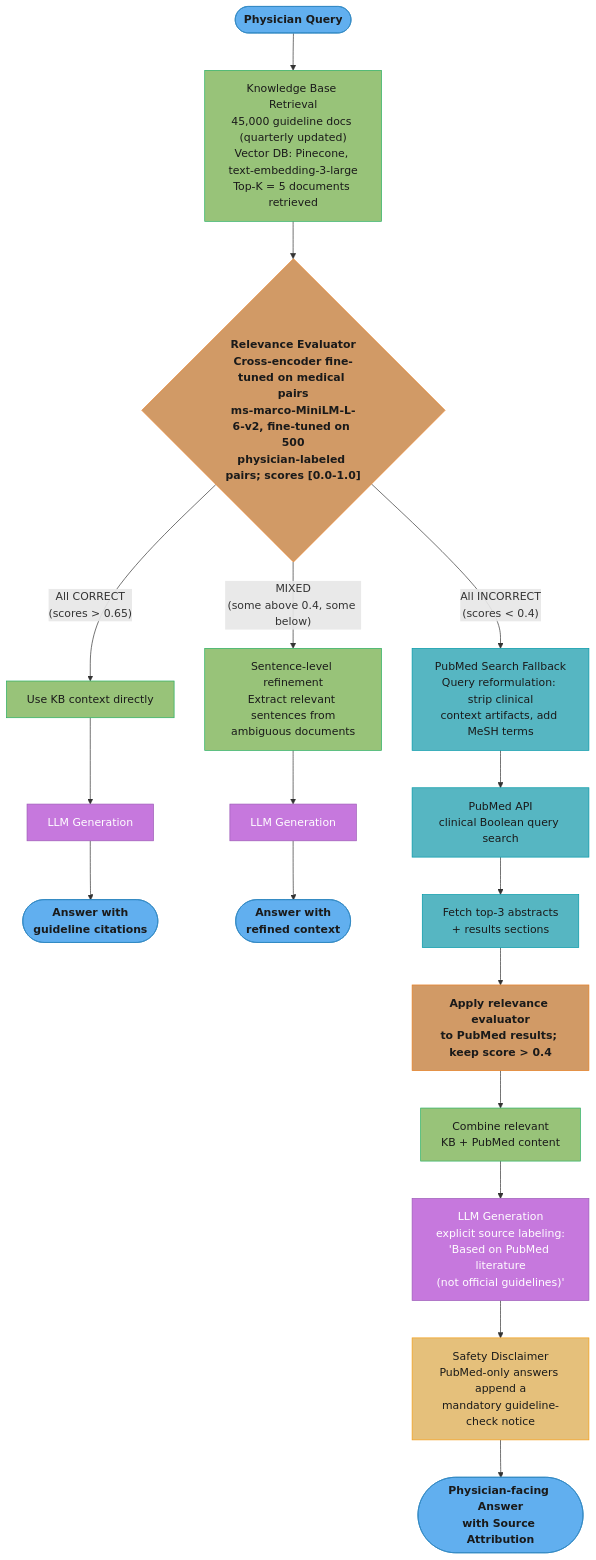
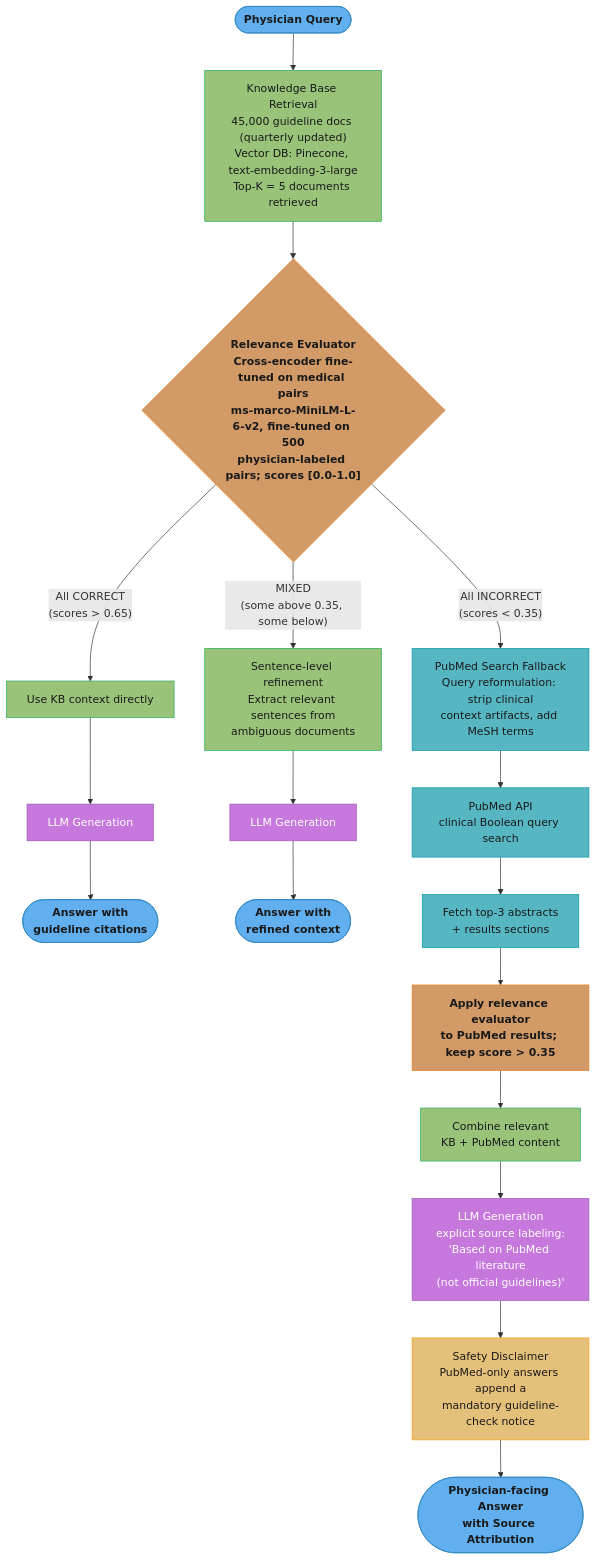
One commit to rppol/system-design changed the second of 2 diagrams in src/main/java/com/rutik/systemdesign/llm/advanced_rag/corrective_rag.md. Above: the diagram before and after it, drawn with Mermaid. The commit also changed other lines of this file and 113 other files, not shown here.

````diff
--- a/src/main/java/com/rutik/systemdesign/llm/advanced_rag/corrective_rag.md
+++ b/src/main/java/com/rutik/systemdesign/llm/advanced_rag/corrective_rag.md
@@ -458,38 +460,38 @@
 ```mermaid
 %%{init: {'flowchart': {'curve': 'basis', 'nodeSpacing': 45, 'rankSpacing': 55}}}%%
 flowchart TD
     classDef io      fill:#61afef,stroke:#2e86c1,color:#1a1a1a,font-weight:bold
     classDef frozen  fill:#c678dd,stroke:#9b59b6,color:#fff
     classDef train   fill:#98c379,stroke:#27ae60,color:#1a1a1a
     classDef mathOp  fill:#d19a66,stroke:#e67e22,color:#1a1a1a,font-weight:bold
     classDef lossN   fill:#e06c75,stroke:#c0392b,color:#fff,font-weight:bold
     classDef req     fill:#56b6c2,stroke:#0097a7,color:#1a1a1a
     classDef base    fill:#e5c07b,stroke:#f39c12,color:#1a1a1a
 
     PQ(["Physician Query"]) --> KBR["Knowledge Base Retrieval<br/>45,000 guideline docs (quarterly updated)<br/>Vector DB: Pinecone, text-embedding-3-large<br/>Top-K = 5 documents retrieved"]
     KBR --> RE{"Relevance Evaluator<br/>Cross-encoder fine-tuned on medical pairs<br/>ms-marco-MiniLM-L-6-v2, fine-tuned on 500<br/>physician-labeled pairs; scores [0.0-1.0]"}
 
     RE -->|"All CORRECT<br/>(scores > 0.65)"| UKB["Use KB context directly"]
     UKB --> GEN1["LLM Generation"]
     GEN1 --> ANS1(["Answer with<br/>guideline citations"])
 
-    RE -->|"MIXED<br/>(some above 0.4, some below)"| SLR["Sentence-level refinement<br/>Extract relevant sentences from<br/>ambiguous documents"]
+    RE -->|"MIXED<br/>(some above 0.35, some below)"| SLR["Sentence-level refinement<br/>Extract relevant sentences from<br/>ambiguous documents"]
     SLR --> GEN2["LLM Generation"]
     GEN2 --> ANS2(["Answer with<br/>refined context"])
 
-    RE -->|"All INCORRECT<br/>(scores < 0.4)"| PMF["PubMed Search Fallback<br/>Query reformulation: strip clinical<br/>context artifacts, add MeSH terms"]
+    RE -->|"All INCORRECT<br/>(scores < 0.35)"| PMF["PubMed Search Fallback<br/>Query reformulation: strip clinical<br/>context artifacts, add MeSH terms"]
     PMF --> PAPI["PubMed API<br/>clinical Boolean query search"]
     PAPI --> FETCH["Fetch top-3 abstracts<br/>+ results sections"]
-    FETCH --> FILT["Apply relevance evaluator<br/>to PubMed results; keep score > 0.4"]
+    FETCH --> FILT["Apply relevance evaluator<br/>to PubMed results; keep score > 0.35"]
     FILT --> COMB["Combine relevant<br/>KB + PubMed content"]
     COMB --> GEN3["LLM Generation<br/>explicit source labeling:<br/>'Based on PubMed literature<br/>(not official guidelines)'"]
     GEN3 --> DISC["Safety Disclaimer<br/>PubMed-only answers append a<br/>mandatory guideline-check notice"]
     DISC --> ANS3(["Physician-facing Answer<br/>with Source Attribution"])
 
     class PQ,ANS1,ANS2,ANS3 io
     class KBR,UKB,SLR,COMB train
     class RE,FILT mathOp
     class GEN1,GEN2,GEN3 frozen
     class PMF,PAPI,FETCH req
     class DISC base
 ```
````
